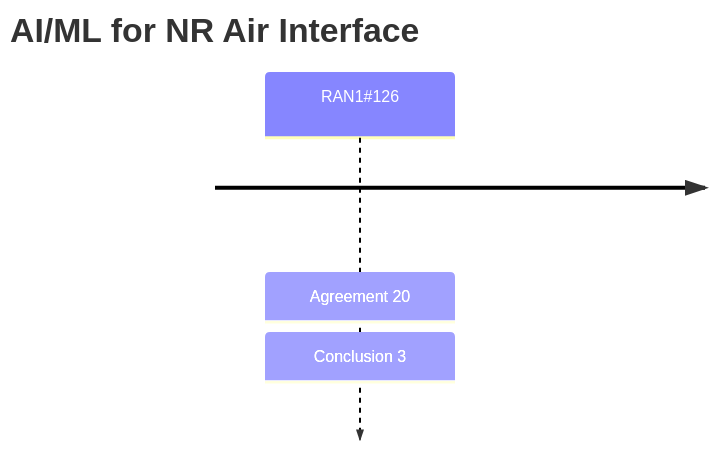
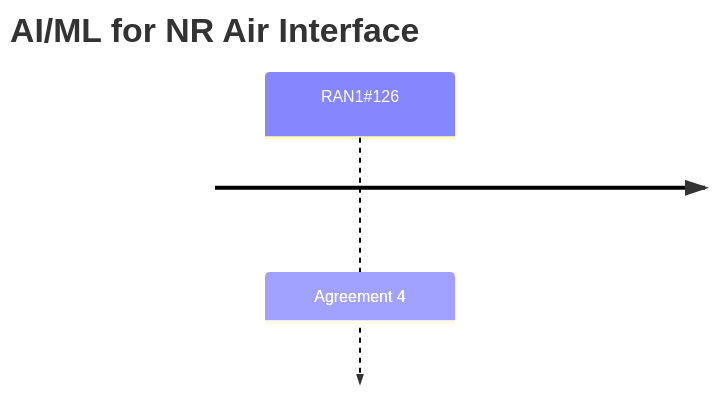
Before and after one commit to jgunmoon/JG_Test_Project: the diagram in reports/by_item/aiml_air_interface.md, drawn with Mermaid. The commit also changed other lines of this file and 5 other files, not shown here.

````diff
--- a/reports/by_item/aiml_air_interface.md
+++ b/reports/by_item/aiml_air_interface.md
@@ -7,5 +7,5 @@
 ```mermaid
 timeline
     title AI/ML for NR Air Interface
-    RAN1#35;126 : Agreement 20 : Conclusion 3
+    RAN1#35;126 : Agreement 4
 ```
````
